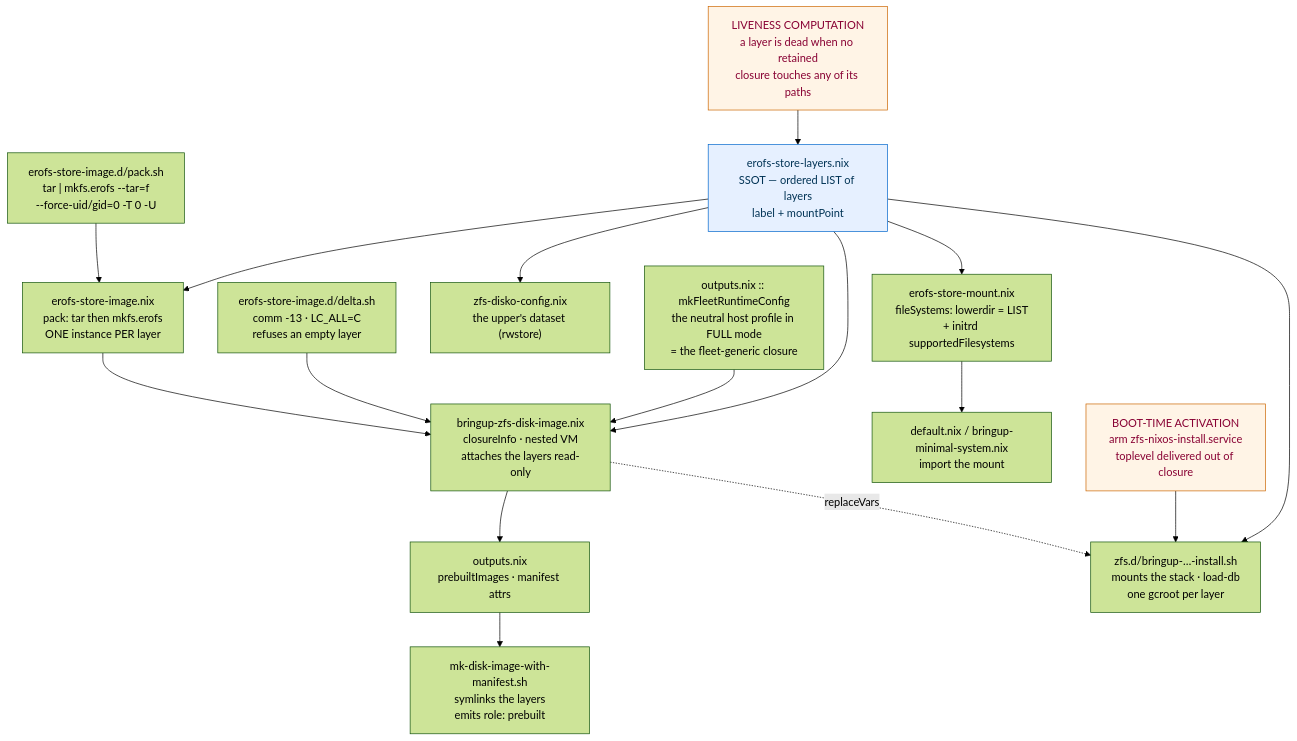
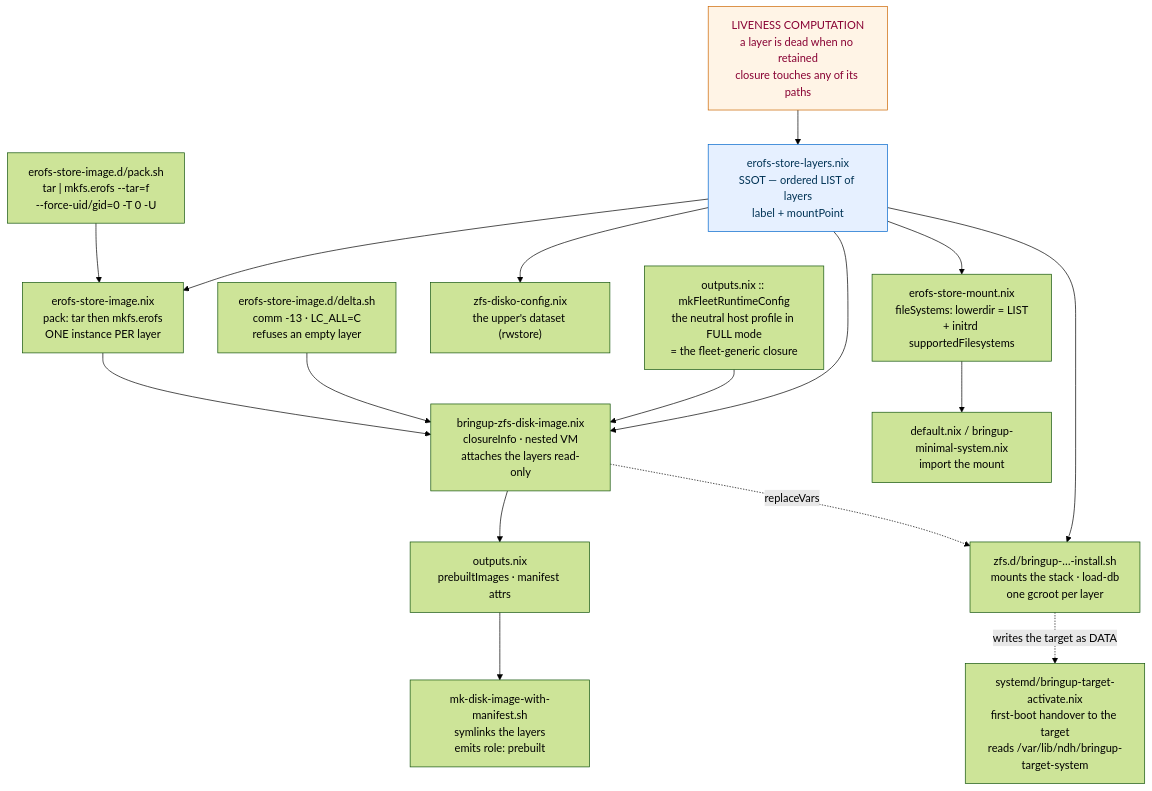
Before and after one commit to seedmatic/rke2lab: the second of 5 diagrams in docs/architecture/nixos-substrate/erofs-store-layer-stack.adoc, drawn with Mermaid (forest theme). The commit also changed other lines of this file, not shown here.

First line of the commit message:
docs(nixos-substrate): the first-boot handover, and a claim retracted

```diff
--- a/docs/architecture/nixos-substrate/erofs-store-layer-stack.adoc
+++ b/docs/architecture/nixos-substrate/erofs-store-layer-stack.adoc
@@ -120,41 +120,42 @@
 [mermaid]
 ----
 flowchart TB
   LAYERS["erofs-store-layers.nix<br/>SSOT — ordered LIST of layers<br/>label + mountPoint"]
   IMAGE["erofs-store-image.nix<br/>pack: tar then mkfs.erofs<br/>ONE instance PER layer"]
   MOUNT["erofs-store-mount.nix<br/>fileSystems: lowerdir = LIST<br/>+ initrd supportedFilesystems"]
   DISKO["zfs-disko-config.nix<br/>the upper's dataset (rwstore)"]
   BRINGUP["bringup-zfs-disk-image.nix<br/>closureInfo · nested VM<br/>attaches the layers read-only"]
   OUTPUTS["outputs.nix<br/>prebuiltImages · manifest attrs"]
   ASSEMBLY["mk-disk-image-with-manifest.sh<br/>symlinks the layers<br/>emits role: prebuilt"]
   INSTALL["zfs.d/bringup-…-install.sh<br/>mounts the stack · load-db<br/>one gcroot per layer"]
   RUNTIME["default.nix / bringup-minimal-system.nix<br/>import the mount"]
 
   FLEET["outputs.nix :: mkFleetRuntimeConfig<br/>the neutral host profile in FULL mode<br/>= the fleet-generic closure"]
   DELTA["erofs-store-image.d/delta.sh<br/>comm -13 · LC_ALL=C<br/>refuses an empty layer"]
   PACK["erofs-store-image.d/pack.sh<br/>tar | mkfs.erofs --tar=f<br/>--force-uid/gid=0 -T 0 -U"]
 
+  HANDOVER["systemd/bringup-target-activate.nix<br/>first-boot handover to the target<br/>reads /var/lib/ndh/bringup-target-system"]
+
   LIVENESS["LIVENESS COMPUTATION<br/>a layer is dead when no retained<br/>closure touches any of its paths"]
-  AUTOACT["BOOT-TIME ACTIVATION<br/>arm zfs-nixos-install.service<br/>toplevel delivered out of closure"]
 
   LAYERS --> IMAGE
   LAYERS --> MOUNT
   LAYERS --> DISKO
   LAYERS --> BRINGUP
   LAYERS --> INSTALL
   FLEET --> BRINGUP
   DELTA --> BRINGUP
   PACK --> IMAGE
   LIVENESS --> LAYERS
-  AUTOACT --> INSTALL
+  INSTALL -.->|"writes the target as DATA"| HANDOVER
   IMAGE --> BRINGUP
   BRINGUP --> OUTPUTS
   OUTPUTS --> ASSEMBLY
   BRINGUP -.->|"replaceVars"| INSTALL
   MOUNT --> RUNTIME
 
   classDef newc fill:#fff4e6,stroke:#c60,color:#803;
   classDef ssot fill:#e6f0ff,stroke:#06c,color:#035;
-  class LIVENESS,AUTOACT newc
+  class LIVENESS newc
   class LAYERS ssot
 ----
```
